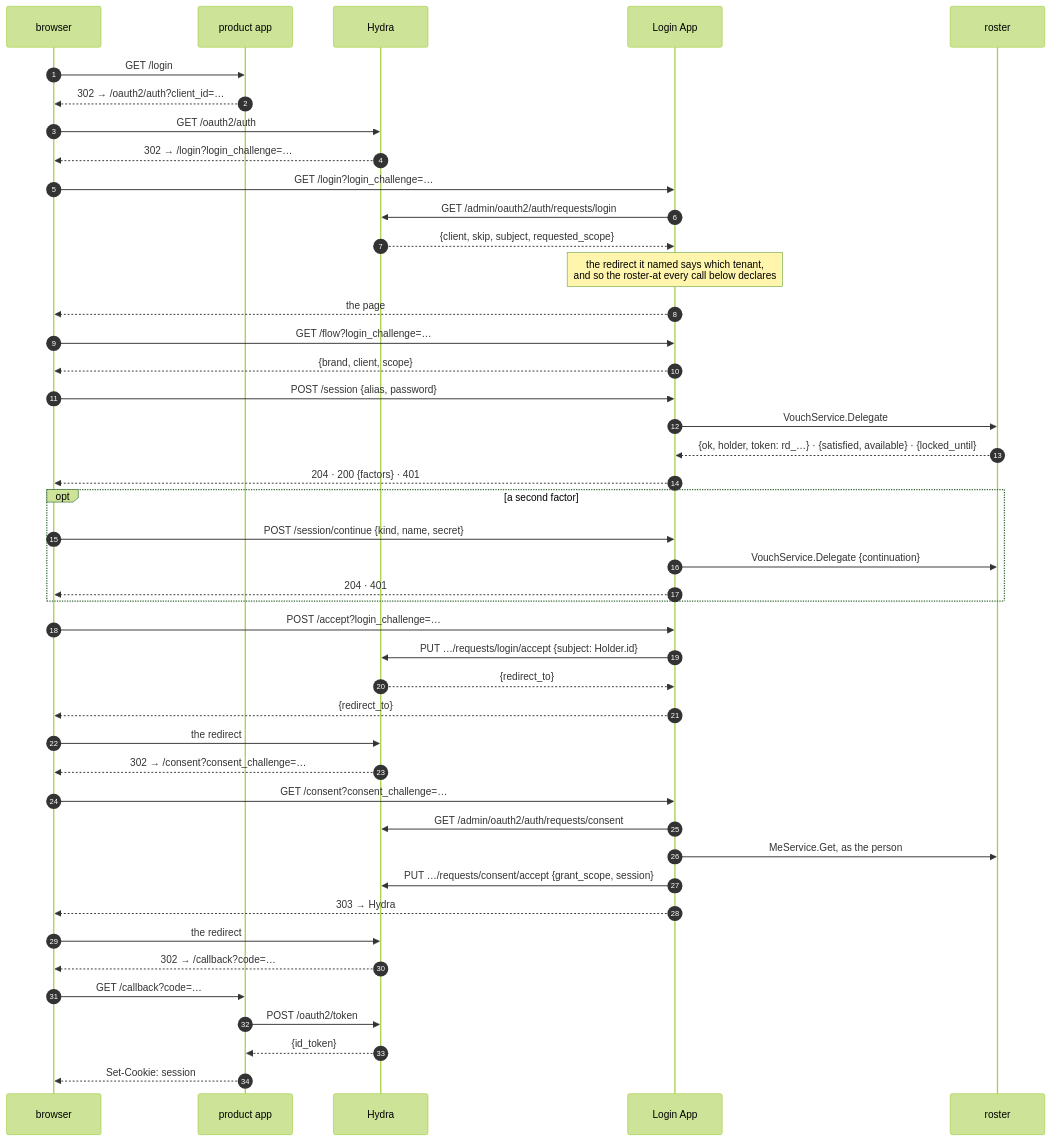
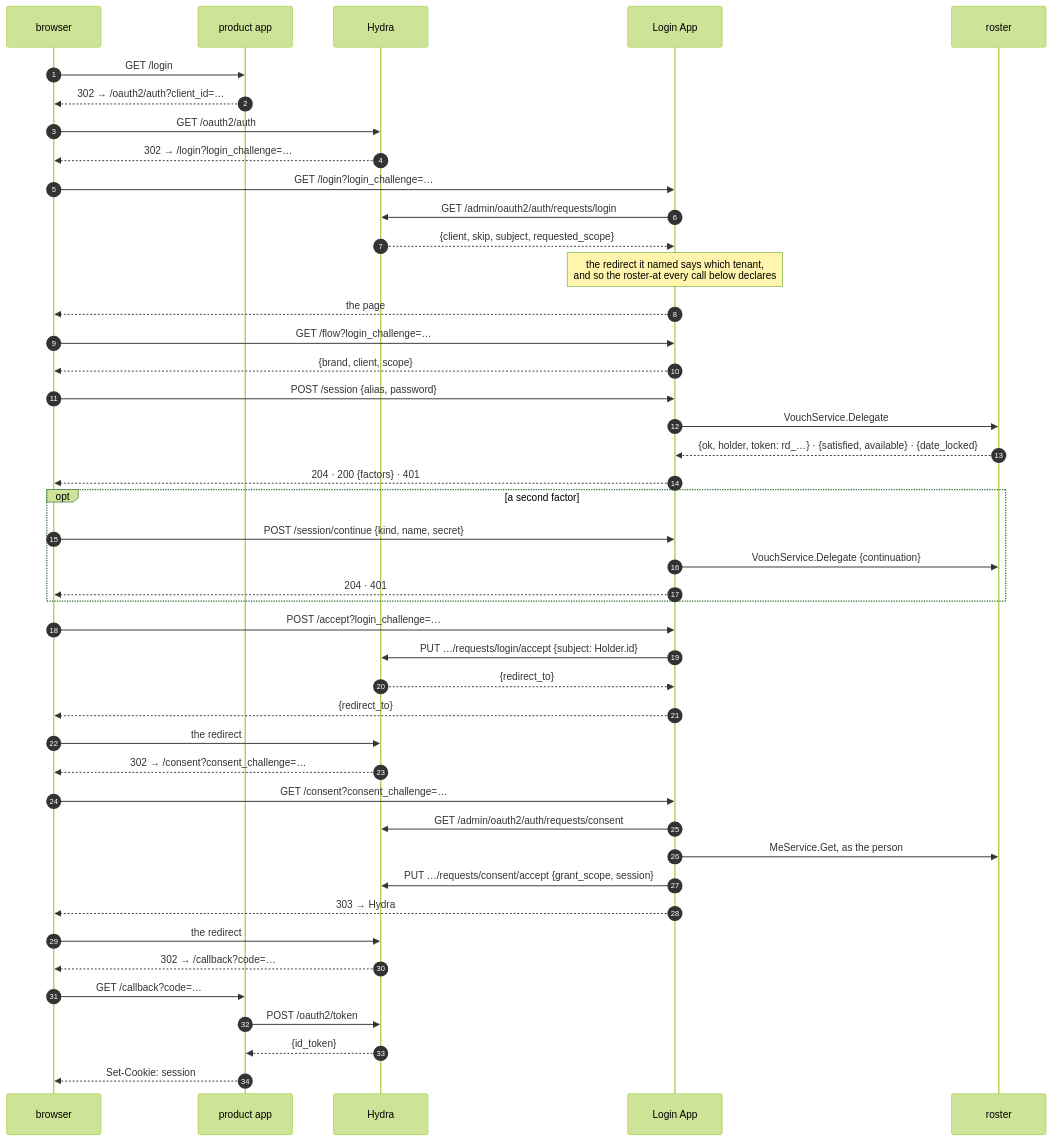
Before and after one commit to lesomnus/roster: the third of 7 diagrams in docs/login.md, drawn with Mermaid (forest theme). The commit also changed other lines of this file and 59 other files, not shown here.

````diff
--- a/docs/login.md
+++ b/docs/login.md
@@ -236,52 +236,52 @@
 ```mermaid
 sequenceDiagram
   autonumber
   participant B as browser
   participant P as product app
   participant H as Hydra
   participant L as Login App
   participant R as roster
 
   B->>P: GET /login
   P-->>B: 302 → /oauth2/auth?client_id=…
   B->>H: GET /oauth2/auth
   H-->>B: 302 → /login?login_challenge=…
 
   B->>L: GET /login?login_challenge=…
   L->>H: GET /admin/oauth2/auth/requests/login
   H-->>L: {client, skip, subject, requested_scope}
   Note over L: the redirect it named says which tenant,<br/>and so the roster-at every call below declares
   L-->>B: the page
   B->>L: GET /flow?login_challenge=…
   L-->>B: {brand, client, scope}
 
   B->>L: POST /session {alias, password}
   L->>R: VouchService.Delegate
-  R-->>L: {ok, holder, token: rd_…} · {satisfied, available} · {locked_until}
+  R-->>L: {ok, holder, token: rd_…} · {satisfied, available} · {date_locked}
   L-->>B: 204 · 200 {factors} · 401
 
   opt a second factor
     B->>L: POST /session/continue {kind, name, secret}
     L->>R: VouchService.Delegate {continuation}
     L-->>B: 204 · 401
   end
 
   B->>L: POST /accept?login_challenge=…
   L->>H: PUT …/requests/login/accept {subject: Holder.id}
   H-->>L: {redirect_to}
   L-->>B: {redirect_to}
   B->>H: the redirect
   H-->>B: 302 → /consent?consent_challenge=…
 
   B->>L: GET /consent?consent_challenge=…
   L->>H: GET /admin/oauth2/auth/requests/consent
   L->>R: MeService.Get, as the person
   L->>H: PUT …/requests/consent/accept {grant_scope, session}
   L-->>B: 303 → Hydra
   B->>H: the redirect
   H-->>B: 302 → /callback?code=…
   B->>P: GET /callback?code=…
   P->>H: POST /oauth2/token
   H-->>P: {id_token}
   P-->>B: Set-Cookie: session
 ```
````
